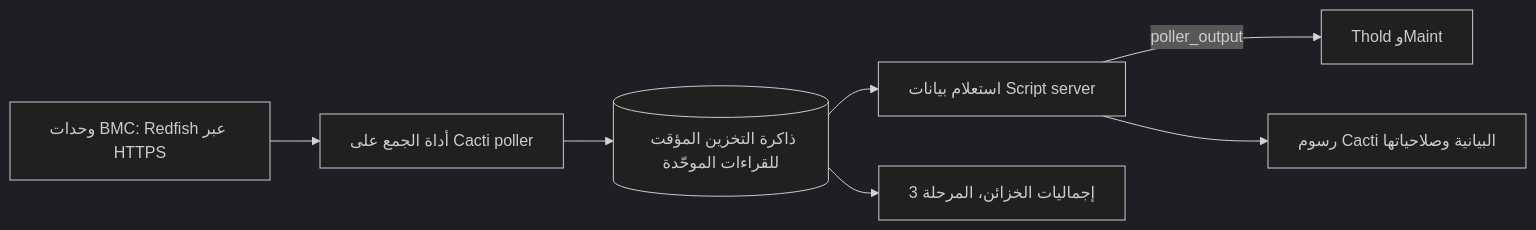
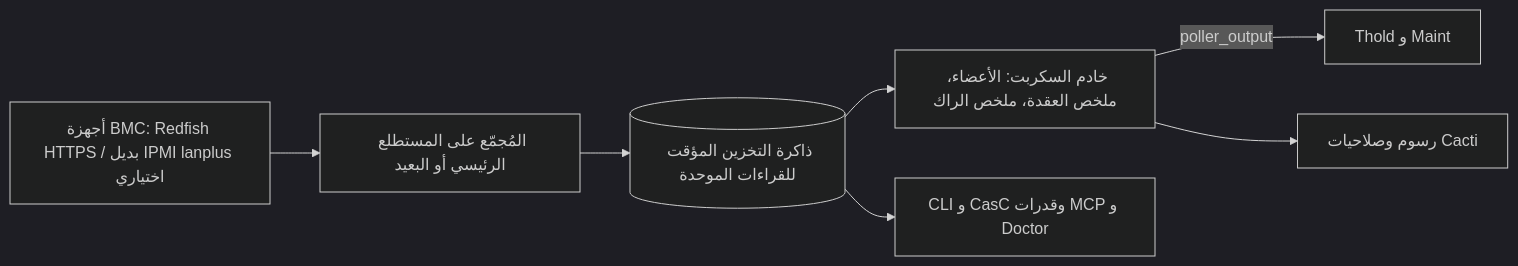
Before and after one commit to somethingwithproof/plugin_redfish: the diagram in docs/i18n/ar-EG/README.md, drawn with Mermaid (dark theme). The commit also changed other lines of this file and 47 other files, not shown here.

````diff
--- a/docs/i18n/ar-EG/README.md
+++ b/docs/i18n/ar-EG/README.md
@@ -90,9 +140,9 @@
 ```mermaid
 flowchart LR
-    BMC["وحدات BMC: Redfish عبر HTTPS"] --> C["أداة الجمع على Cacti poller"]
-    C --> CACHE[("ذاكرة التخزين المؤقت للقراءات الموحّدة")]
-    CACHE --> SS["استعلام بيانات Script server"]
-    SS -->|poller_output| T["Thold وMaint"]
-    SS --> G["رسوم Cacti البيانية وصلاحياتها"]
-    CACHE --> R["إجماليات الخزائن، المرحلة 3"]
+    BMC["أجهزة BMC: Redfish HTTPS / بديل IPMI lanplus اختياري"] --> C["المُجمّع على المستطلع الرئيسي أو البعيد"]
+    C --> CACHE[("ذاكرة التخزين المؤقت للقراءات الموحدة")]
+    CACHE --> SS["خادم السكربت: الأعضاء، ملخص العقدة، ملخص الراك"]
+    SS -->|poller_output| T["Thold و Maint"]
+    SS --> G["رسوم وصلاحيات Cacti"]
+    CACHE --> ECO["CLI و CasC وقدرات MCP و Doctor"]
 ```
````
